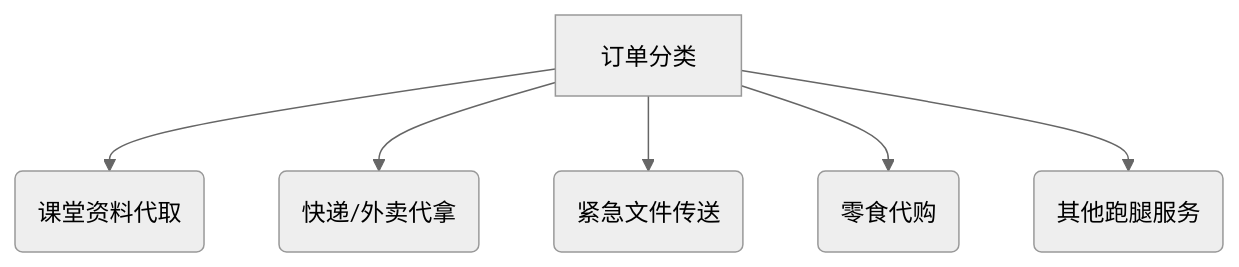
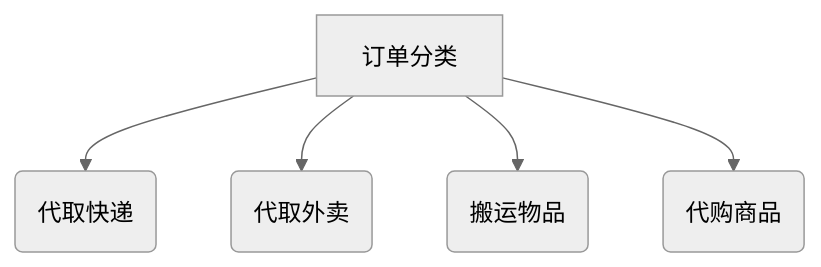
The diagram in README.md (SolaneJ/Dongpaopao), drawn with Mermaid (neutral theme) before and after one commit. The commit also changed other lines of this file and 3 other files, not shown here.

Commit message:
[refactor] 重构关系模型、类图、数据库等，并修正了自述文档

````diff
--- a/README.md
+++ b/README.md
@@ -31,9 +31,8 @@
 ```mermaid
 graph TD
     A[订单分类] 
-    A --> B(课堂资料代取)
-    A --> C(快递/外卖代拿)
-    A --> D(紧急文件传送)
-    A --> E(零食代购)
-    A --> F(其他跑腿服务)
+    A --> B(代取快递)
+    A --> C(代取外卖)
+    A --> D(搬运物品)
+    A --> E(代购商品)
 ```
````
